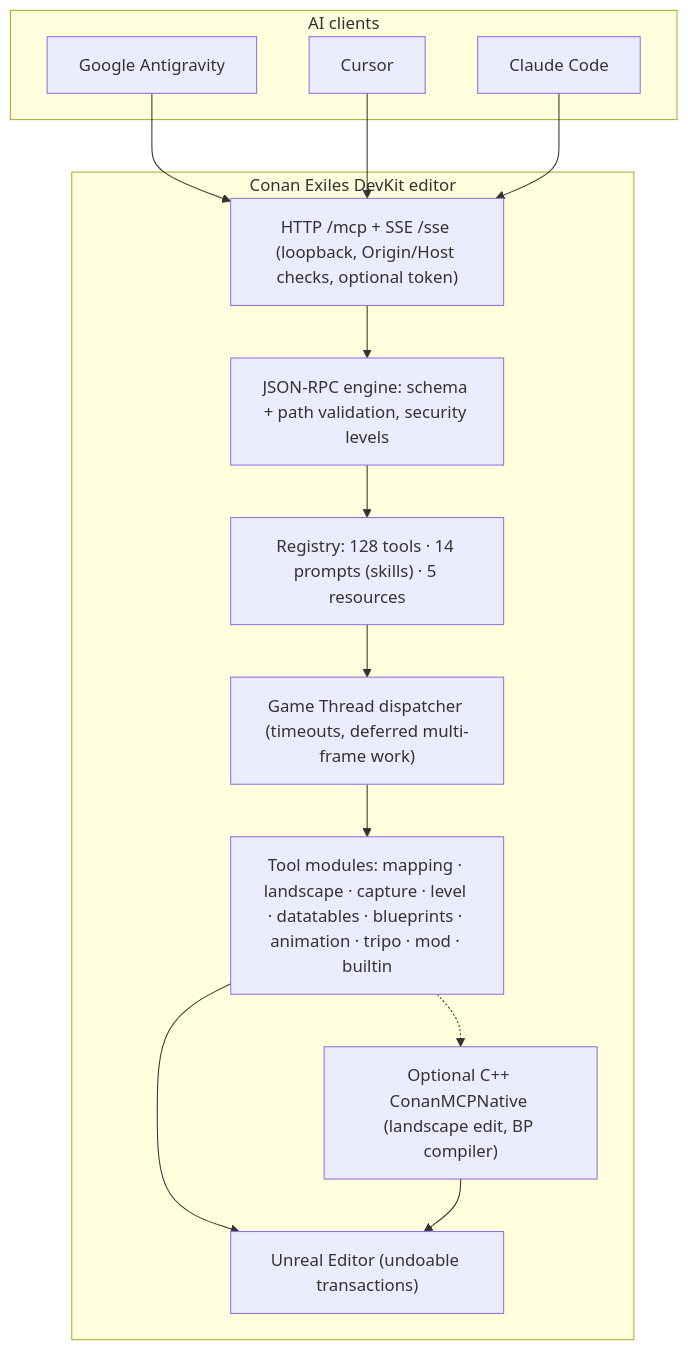
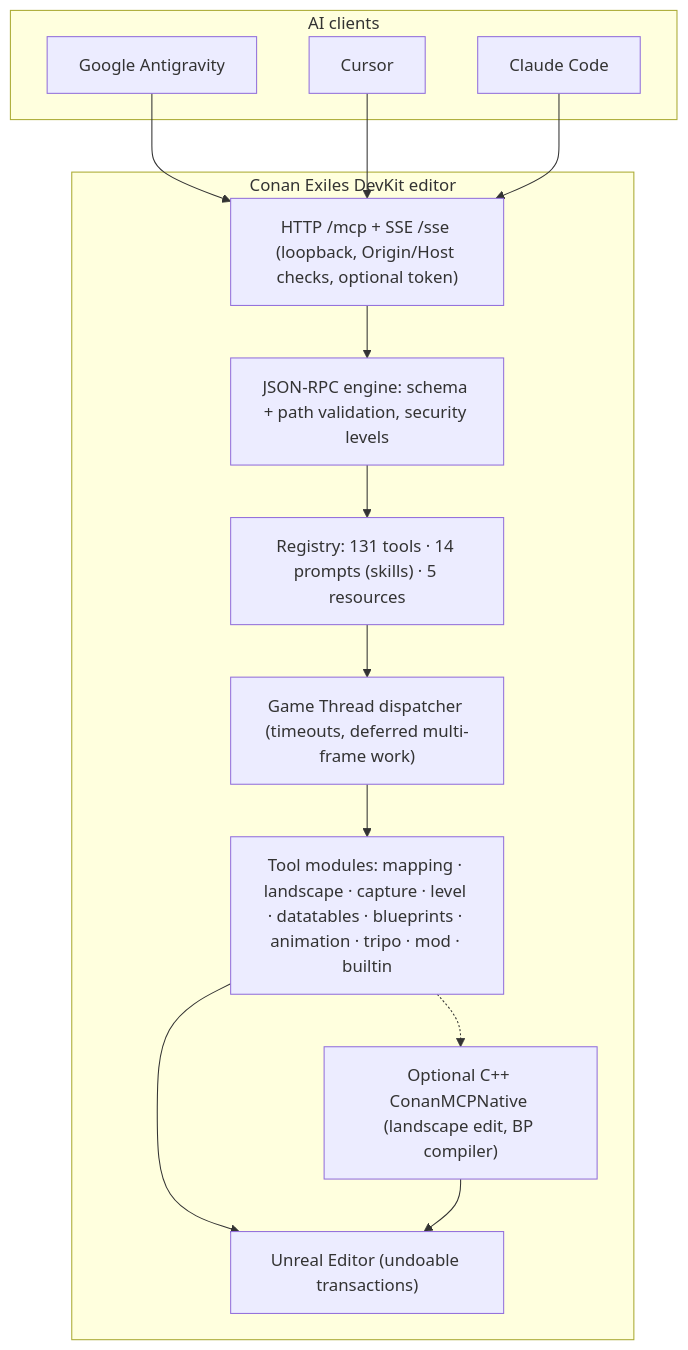
Before and after one commit to eneko3d-code/Conan-MCP: the diagram in README.md, drawn with Mermaid. The commit also changed other lines of this file and 18 other files, not shown here.

````diff
--- a/README.md
+++ b/README.md
@@ -247,21 +247,21 @@
 ```mermaid
 graph TD
     subgraph "AI clients"
         AG[Google Antigravity]
         CR[Cursor]
         CC[Claude Code]
     end
 
     subgraph "Conan Exiles DevKit editor"
         T["HTTP /mcp + SSE /sse (loopback, Origin/Host checks, optional token)"]
         P["JSON-RPC engine: schema + path validation, security levels"]
-        R["Registry: 128 tools · 14 prompts (skills) · 5 resources"]
+        R["Registry: 131 tools · 14 prompts (skills) · 5 resources"]
         D["Game Thread dispatcher (timeouts, deferred multi-frame work)"]
         TL["Tool modules: mapping · landscape · capture · level · datatables · blueprints · animation · tripo · mod · builtin"]
         N["Optional C++ ConanMCPNative (landscape edit, BP compiler)"]
         E["Unreal Editor (undoable transactions)"]
     end
 
     AG & CR & CC --> T --> P --> R --> D --> TL --> E
     TL -.-> N --> E
 ```
````
